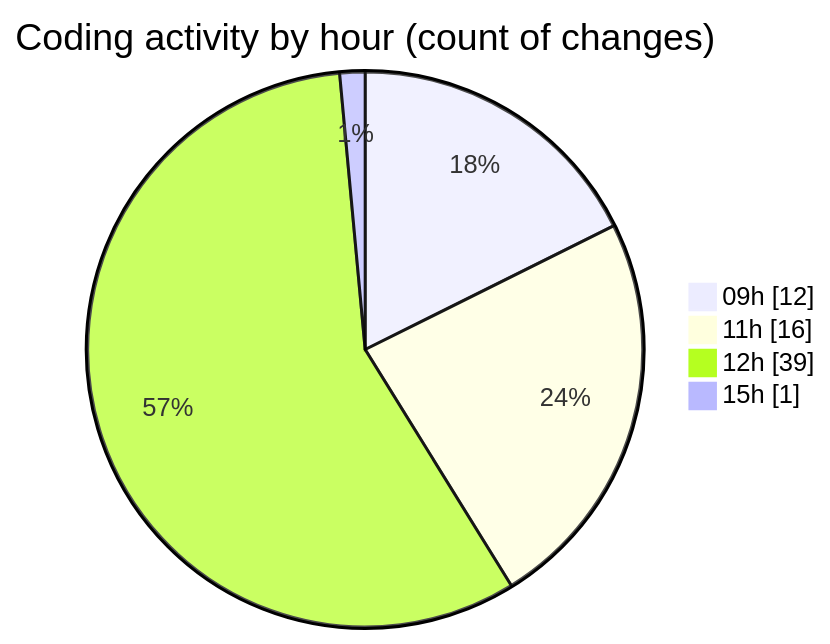
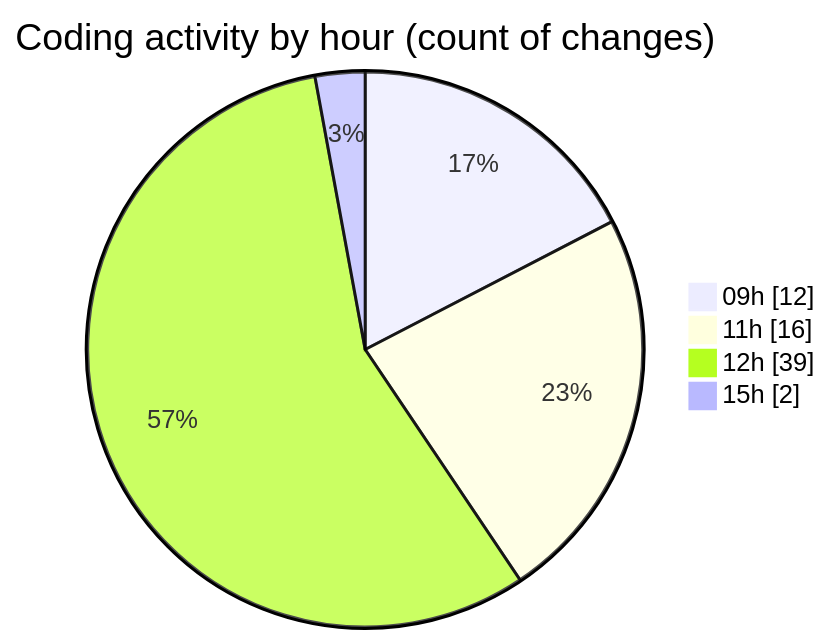
The second of 2 diagrams in 2025-02-20/mbc-web/README.md (robertbonfada/code-tracking), drawn with Mermaid before and after one commit. The commit also changed other lines of this file and 1 other file, not shown here.

````diff
--- a/2025-02-20/mbc-web/README.md
+++ b/2025-02-20/mbc-web/README.md
@@ -52,8 +53,8 @@
 ```mermaid
 pie showData
 title Coding activity by hour (count of changes)
 "09h" : 12
 "11h" : 16
 "12h" : 39
-"15h" : 1
+"15h" : 2
 ```
````
